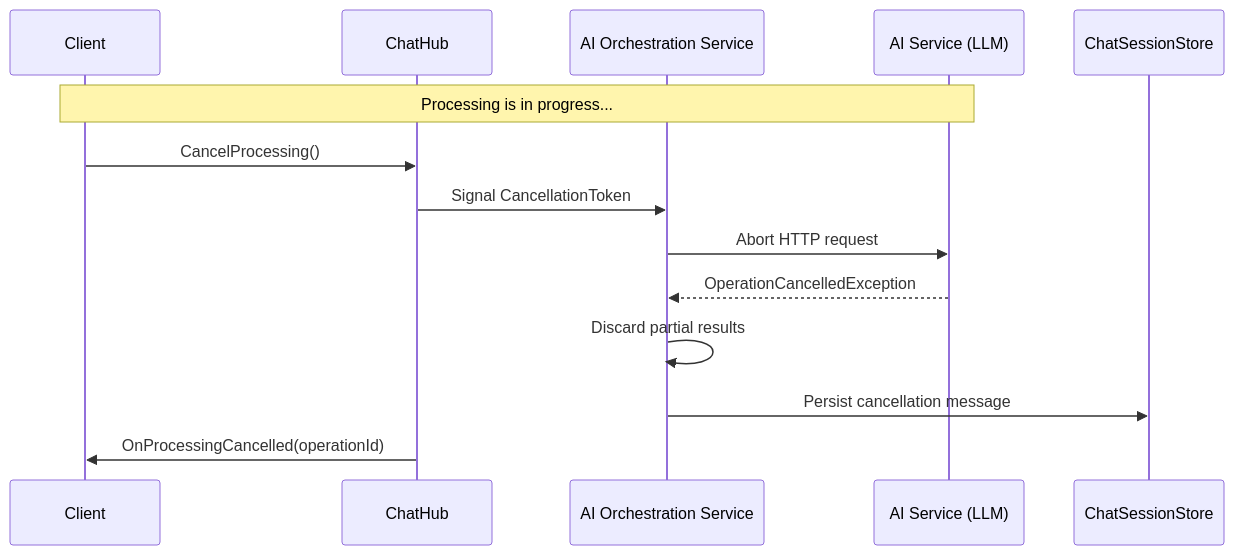
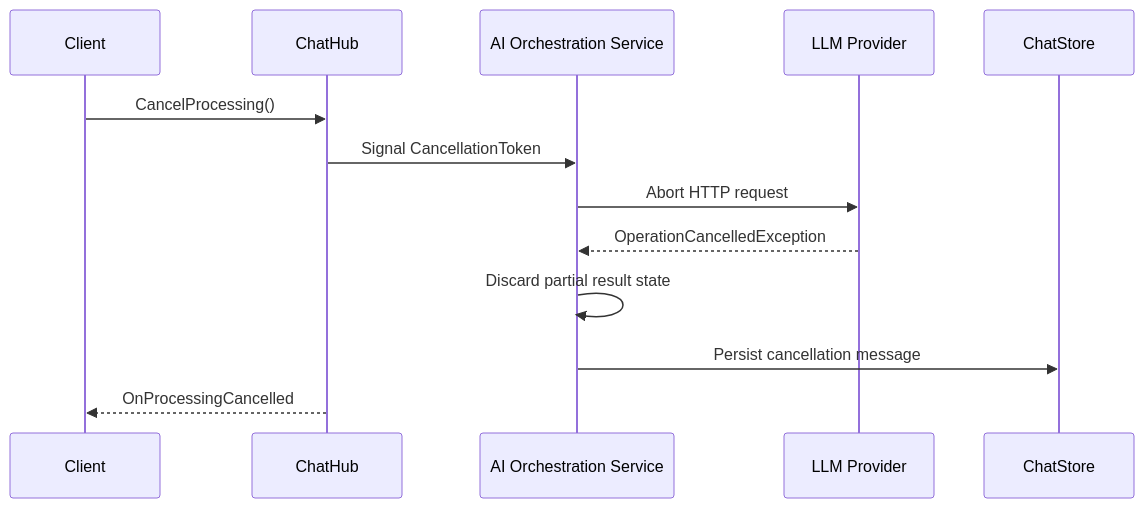
Before and after one commit to BarminGeorge/ShuKnow: the third of 4 diagrams in docs/agents/API_ARCHITECTURE.md, drawn with Mermaid. The commit also changed other lines of this file and 3 other files, not shown here.

Commit message:
docs: update openapi/asyncapi and reduce API_ARCHITECTURE content

````diff
--- a/docs/agents/API_ARCHITECTURE.md
+++ b/docs/agents/API_ARCHITECTURE.md
@@ -521,21 +117,16 @@
 ```mermaid
 sequenceDiagram
     participant Client
     participant ChatHub
     participant AIOrch as AI Orchestration Service
-    participant AI as AI Service (LLM)
-    participant CSS as ChatSessionStore
-
-    Note over Client,AI: Processing is in progress...
+    participant AI as LLM Provider
+    participant ChatStore
 
     Client->>ChatHub: CancelProcessing()
     ChatHub->>AIOrch: Signal CancellationToken
-
     AIOrch->>AI: Abort HTTP request
     AI-->>AIOrch: OperationCancelledException
-
-    AIOrch->>AIOrch: Discard partial results
-    AIOrch->>CSS: Persist cancellation message
-
-    ChatHub->>Client: OnProcessingCancelled(operationId)
+    AIOrch->>AIOrch: Discard partial result state
+    AIOrch->>ChatStore: Persist cancellation message
+    ChatHub-->>Client: OnProcessingCancelled
 ```
````
